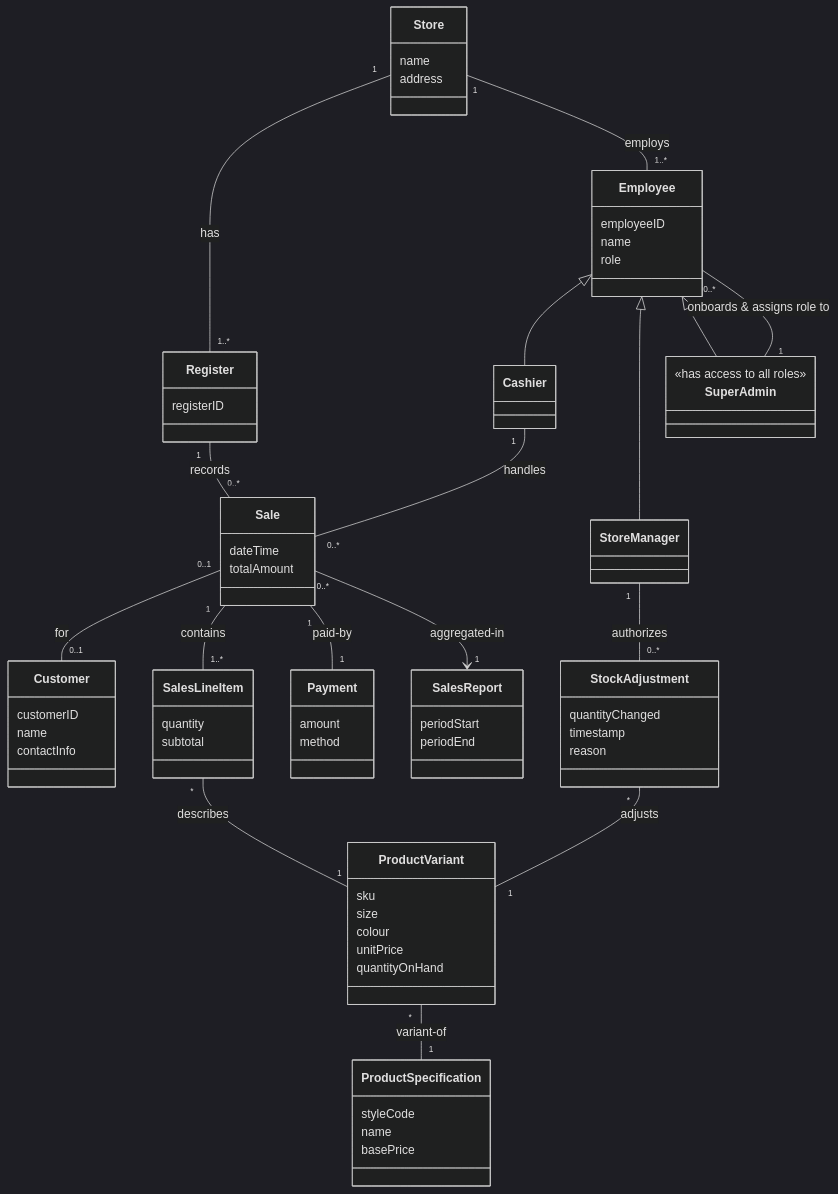
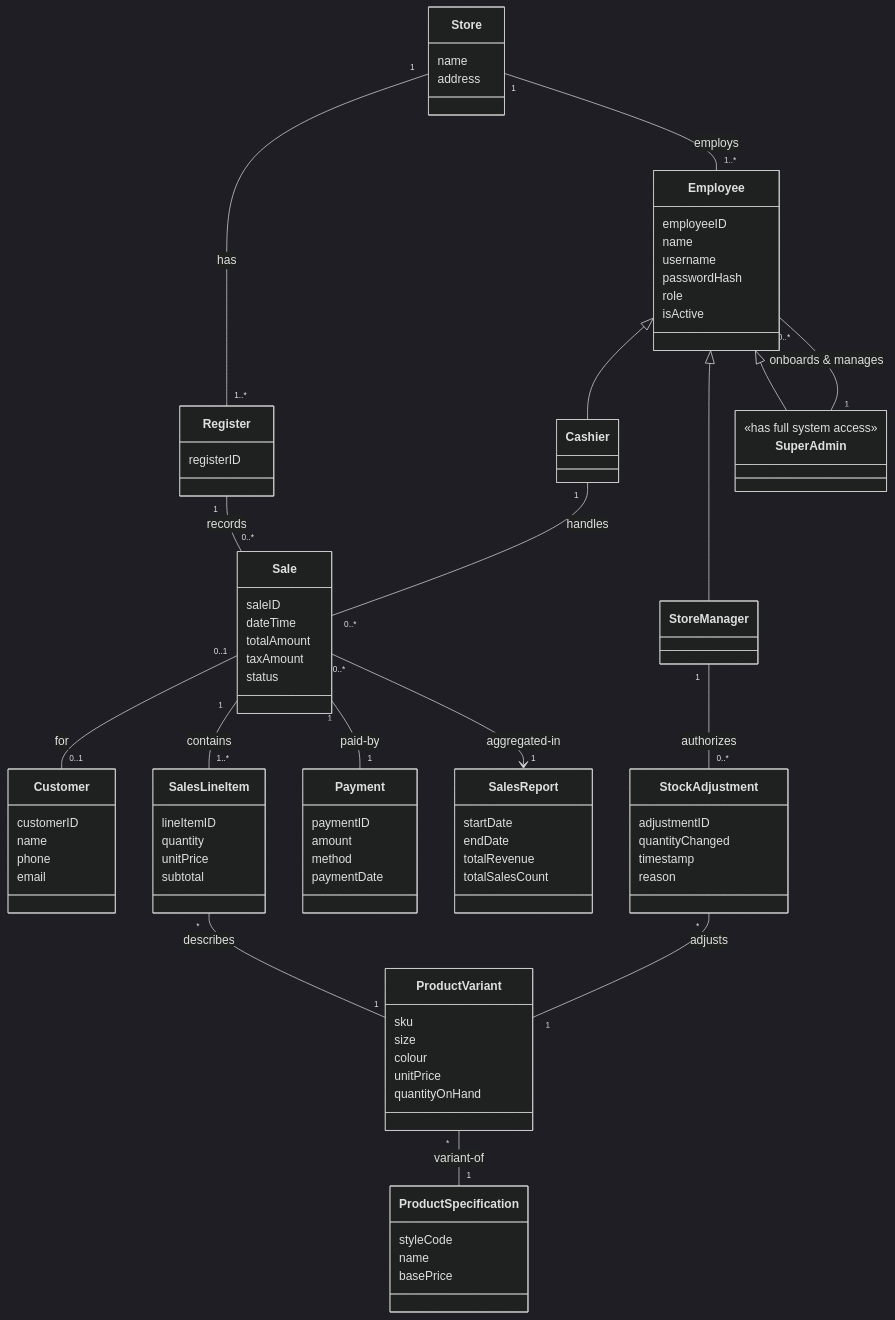
Before and after one commit to bwalya-star/POS-Retail-Clothing-Store: the first of 2 diagrams in docs/domain_model.md, drawn with Mermaid (dark theme). The commit also changed other lines of this file and 15 other files, not shown here.

````diff
--- a/docs/domain_model.md
+++ b/docs/domain_model.md
@@ -18,19 +21,27 @@
     class Employee {
         employeeID
         name
+        username
+        passwordHash
         role
+        isActive
     }
     class Cashier
     class StoreManager
     class SuperAdmin {
-        <<has access to all roles>>
+        <<has full system access>>
     }
     class Sale {
+        saleID
         dateTime
         totalAmount
+        taxAmount
+        status
     }
     class SalesLineItem {
+        lineItemID
         quantity
+        unitPrice
         subtotal
     }
     class ProductSpecification {
@@ -46,22 +57,28 @@
         quantityOnHand
     }
     class Payment {
+        paymentID
         amount
         method
+        paymentDate
     }
     class Customer {
         customerID
         name
-        contactInfo
+        phone
+        email
     }
     class StockAdjustment {
+        adjustmentID
         quantityChanged
         timestamp
         reason
     }
     class SalesReport {
-        periodStart
-        periodEnd
+        startDate
+        endDate
+        totalRevenue
+        totalSalesCount
     }
 
     Employee <|-- Cashier
@@ -80,5 +97,5 @@
     StoreManager "1" -- "0..*" StockAdjustment : authorizes
     StockAdjustment "*" -- "1" ProductVariant : adjusts
     Sale "0..*" --> "1" SalesReport : aggregated-in
-    SuperAdmin "1" -- "0..*" Employee : onboards & assigns role to
+    SuperAdmin "1" -- "0..*" Employee : onboards & manages
 ```
````
